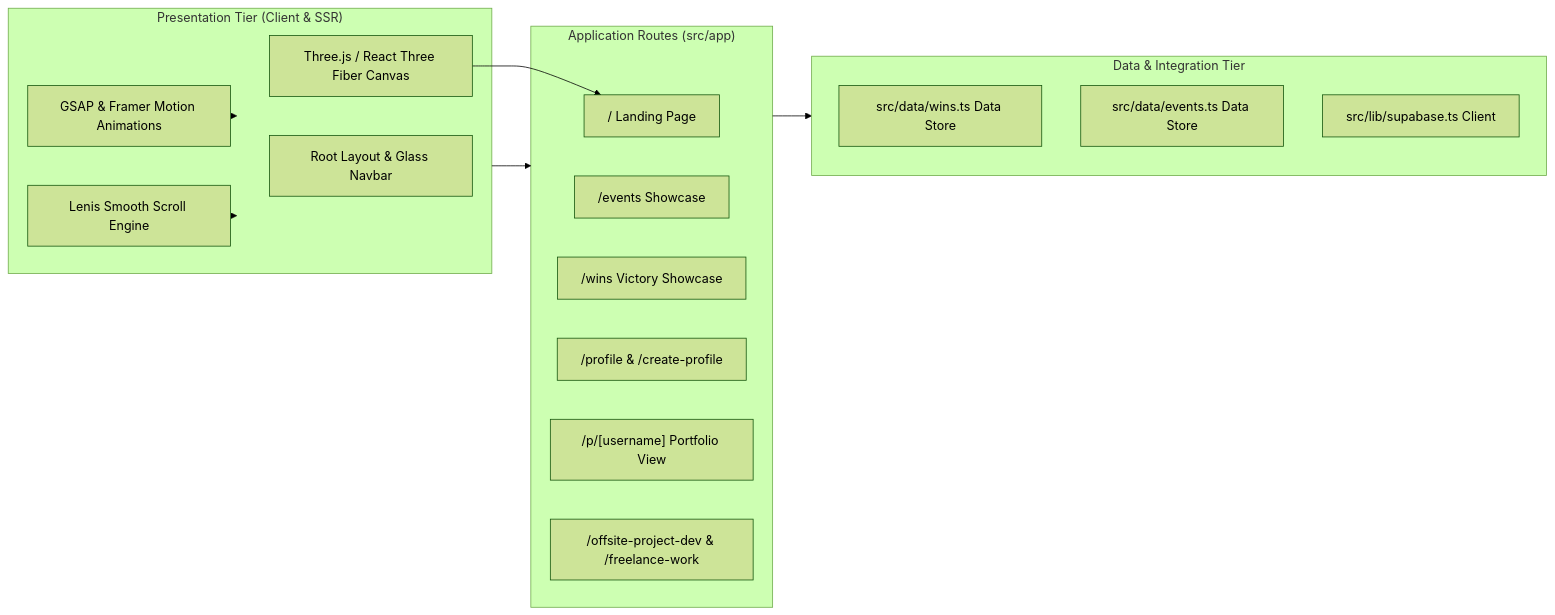
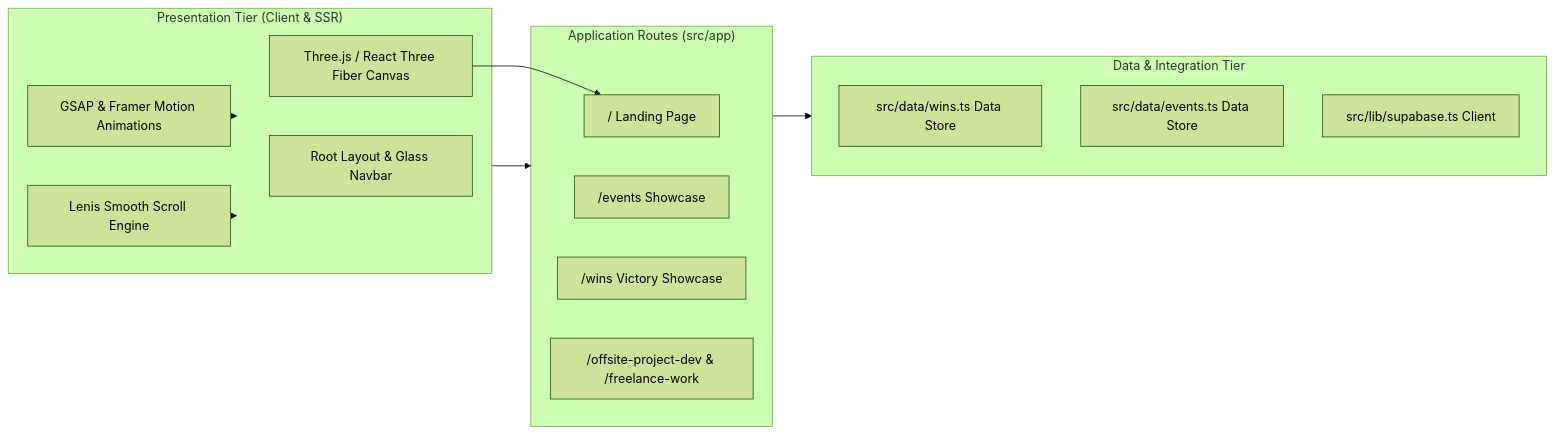
One commit to Invictus-Club/Invictus-Page changed the second of 2 diagrams in README.md. Above: the diagram before and after it, drawn with Mermaid (forest theme). The commit also changed other lines of this file, not shown here.

Commit message:
docs: update README.md architecture diagram to reflect decoupled routes

````diff
--- a/README.md
+++ b/README.md
@@ -43,30 +43,28 @@
 ```mermaid
 flowchart LR
     subgraph Presentation["Presentation Tier (Client & SSR)"]
         Layout["Root Layout & Glass Navbar"]
         ThreeCanvas["Three.js / React Three Fiber Canvas"]
         GSAP["GSAP & Framer Motion Animations"]
         Lenis["Lenis Smooth Scroll Engine"]
     end
 
     subgraph Routing["Application Routes (src/app)"]
         HomeRoute["/ Landing Page"]
         EventsRoute["/events Showcase"]
         WinsRoute["/wins Victory Showcase"]
-        ProfileRoute["/profile & /create-profile"]
-        PublicRoute["/p/[username] Portfolio View"]
         DevRoute["/offsite-project-dev & /freelance-work"]
     end
 
     subgraph DataTier["Data & Integration Tier"]
         WinsData["src/data/wins.ts Data Store"]
         EventsData["src/data/events.ts Data Store"]
         SupaClient["src/lib/supabase.ts Client"]
     end
 
     Presentation --> Routing
     ThreeCanvas --> HomeRoute
     GSAP --> Presentation
     Lenis --> Presentation
     Routing --> DataTier
 ```
````
